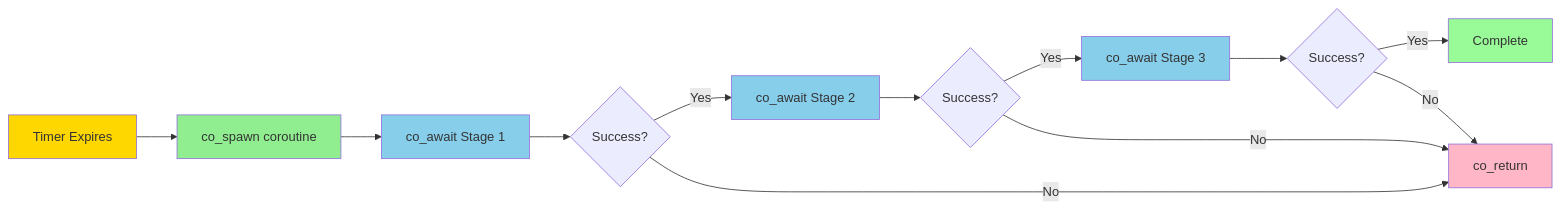
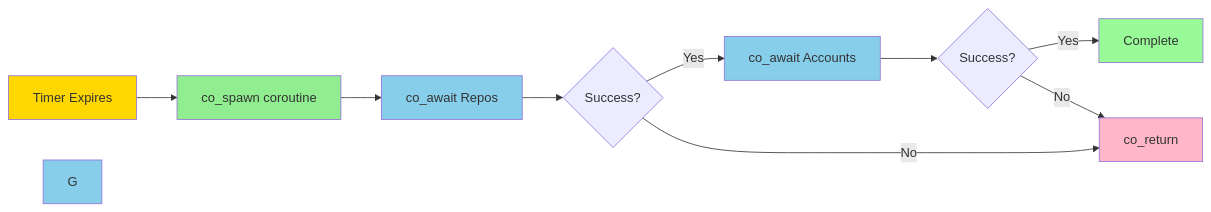
The fourth of 7 diagrams in docs/async-task-patterns.md (guzman109/icicle-insights), drawn with Mermaid before and after one commit. The commit also changed other lines of this file and 32 other files, not shown here.

````diff
--- a/docs/async-task-patterns.md
+++ b/docs/async-task-patterns.md
@@ -387,22 +376,19 @@
 ```mermaid
 graph LR
     A[Timer Expires] --> B[co_spawn coroutine]
-    B --> C[co_await Stage 1]
+    B --> C[co_await Repos]
     C --> D{Success?}
-    D -->|Yes| E[co_await Stage 2]
+    D -->|Yes| E[co_await Accounts]
     D -->|No| Z[co_return]
     E --> F{Success?}
-    F -->|Yes| G[co_await Stage 3]
+    F -->|Yes| I[Complete]
     F -->|No| Z
-    G --> H{Success?}
-    H -->|Yes| I[Complete]
-    H -->|No| Z
 
     style A fill:#FFD700
     style B fill:#90EE90
     style C fill:#87CEEB
     style E fill:#87CEEB
     style G fill:#87CEEB
     style I fill:#98FB98
     style Z fill:#FFB6C6
 ```
````
